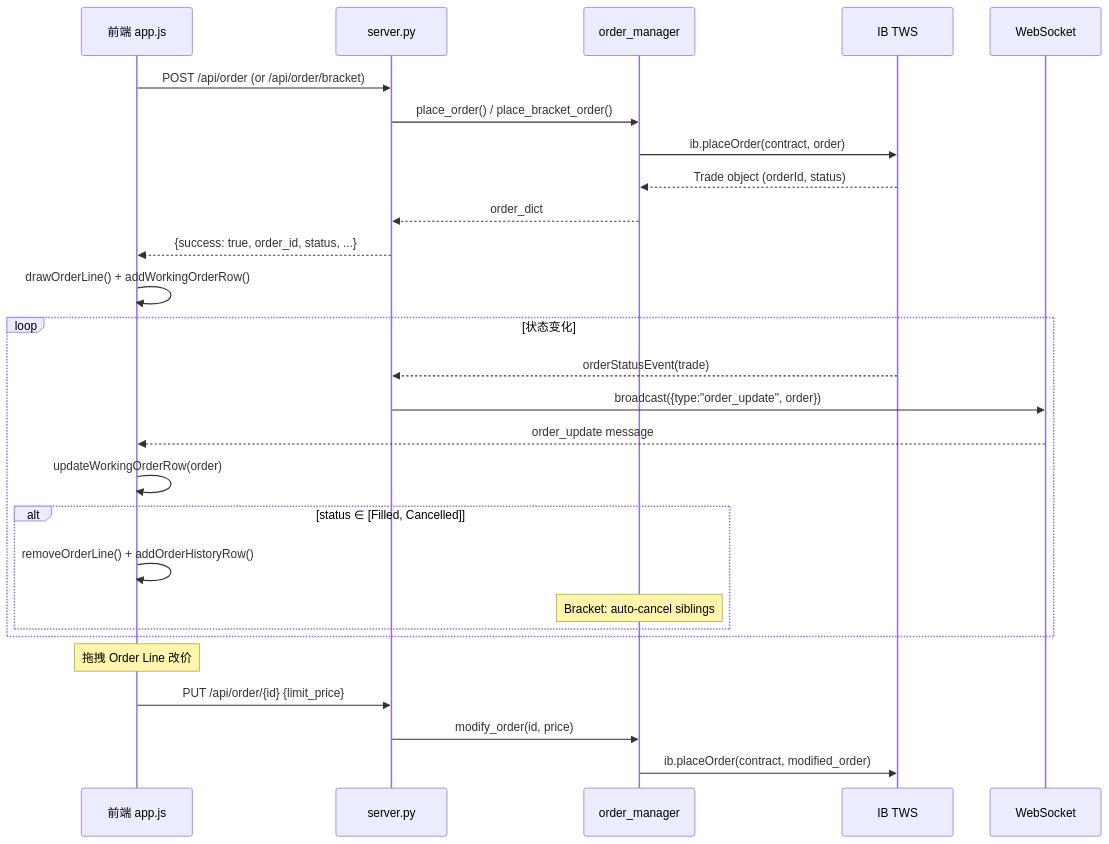
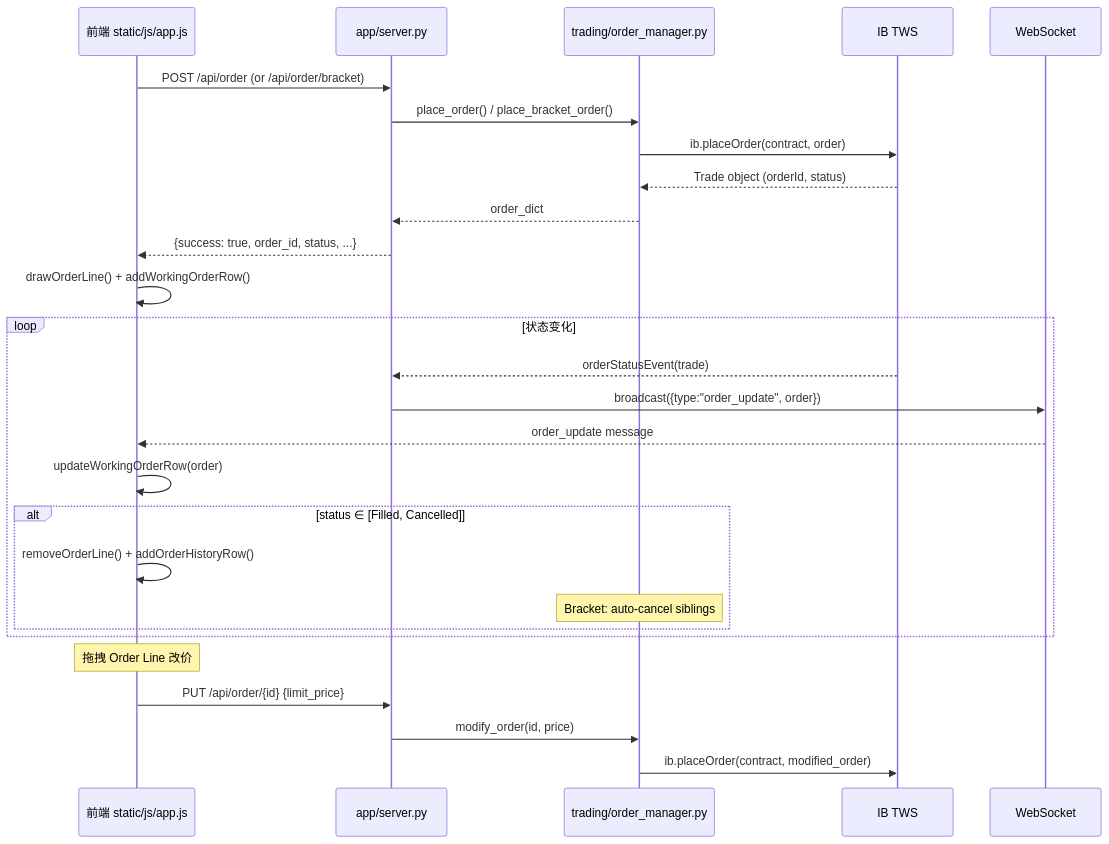
The sixth of 7 diagrams in priceaction/README.md (ditto0907/TradeDev), drawn with Mermaid before and after one commit. The commit also changed other lines of this file and 45 other files, not shown here.

````diff
--- a/priceaction/README.md
+++ b/priceaction/README.md
@@ -464,32 +460,32 @@
 ```mermaid
 sequenceDiagram
-    participant UI as 前端 app.js
-    participant SRV as server.py
-    participant OM as order_manager
+    participant UI as 前端 static/js/app.js
+    participant SRV as app/server.py
+    participant OM as trading/order_manager.py
     participant TWS as IB TWS
     participant WS as WebSocket
 
     UI->>SRV: POST /api/order (or /api/order/bracket)
     SRV->>OM: place_order() / place_bracket_order()
     OM->>TWS: ib.placeOrder(contract, order)
     TWS-->>OM: Trade object (orderId, status)
     OM-->>SRV: order_dict
     SRV-->>UI: {success: true, order_id, status, ...}
     UI->>UI: drawOrderLine() + addWorkingOrderRow()
 
     loop 状态变化
         TWS-->>SRV: orderStatusEvent(trade)
         SRV->>WS: broadcast({type:"order_update", order})
         WS-->>UI: order_update message
         UI->>UI: updateWorkingOrderRow(order)
         alt status ∈ [Filled, Cancelled]
             UI->>UI: removeOrderLine() + addOrderHistoryRow()
             Note over OM: Bracket: auto-cancel siblings
         end
     end
 
     Note over UI: 拖拽 Order Line 改价
     UI->>SRV: PUT /api/order/{id} {limit_price}
     SRV->>OM: modify_order(id, price)
     OM->>TWS: ib.placeOrder(contract, modified_order)
 ```
````
